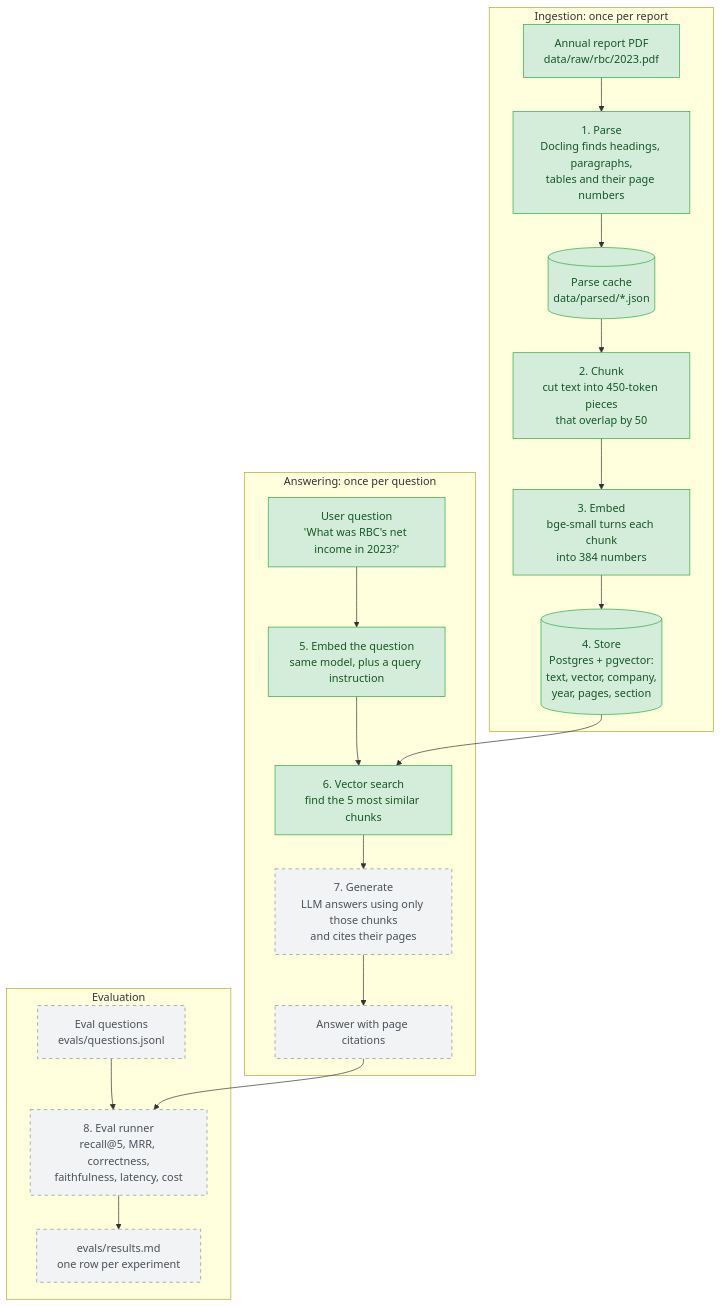
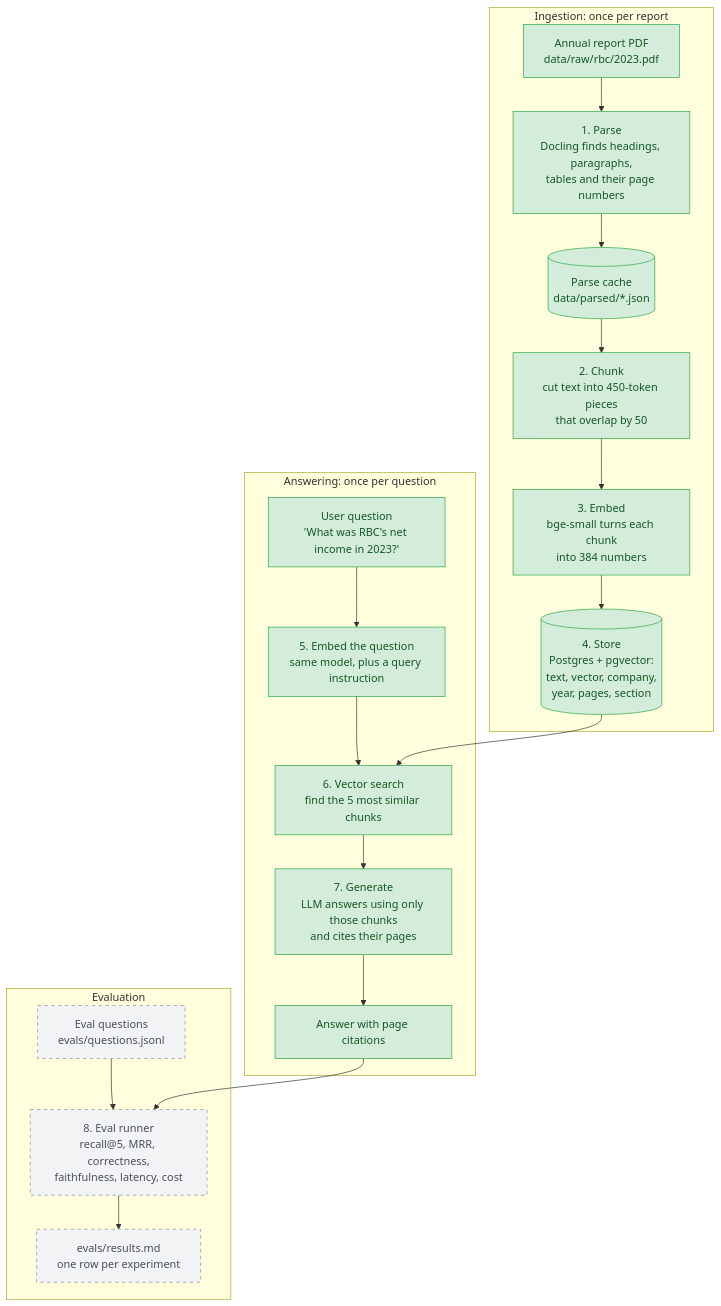
One commit to madeleine68/Reportlens changed the second of 6 diagrams in README.md. Above: the diagram before and after it, drawn with Mermaid. The commit also changed other lines of this file and 7 other files, not shown here.

````diff
--- a/README.md
+++ b/README.md
@@ -67,29 +70,29 @@
 ```mermaid
 flowchart TD
     subgraph ingest["Ingestion: once per report"]
         pdf["Annual report PDF<br/>data/raw/rbc/2023.pdf"] --> parse["1. Parse<br/>Docling finds headings, paragraphs,<br/>tables and their page numbers"]
         parse --> cache[("Parse cache<br/>data/parsed/*.json")]
         cache --> chunk["2. Chunk<br/>cut text into 450-token pieces<br/>that overlap by 50"]
         chunk --> embed["3. Embed<br/>bge-small turns each chunk<br/>into 384 numbers"]
         embed --> store[("4. Store<br/>Postgres + pgvector:<br/>text, vector, company,<br/>year, pages, section")]
     end
 
     subgraph answer["Answering: once per question"]
         q["User question<br/>'What was RBC's net income in 2023?'"] --> qembed["5. Embed the question<br/>same model, plus a query instruction"]
         qembed --> search["6. Vector search<br/>find the 5 most similar chunks"]
         store --> search
         search --> gen["7. Generate<br/>LLM answers using only those chunks<br/>and cites their pages"]
         gen --> out["Answer with page citations"]
     end
 
     subgraph evals["Evaluation"]
         qs["Eval questions<br/>evals/questions.jsonl"] --> run["8. Eval runner<br/>recall@5, MRR, correctness,<br/>faithfulness, latency, cost"]
         out --> run
         run --> results["evals/results.md<br/>one row per experiment"]
     end
 
     classDef done fill:#d4edda,stroke:#28a745,color:#155724
     classDef planned fill:#f1f3f5,stroke:#868e96,color:#495057,stroke-dasharray: 5 5
-    class pdf,parse,cache,chunk,embed,store,q,qembed,search done
-    class gen,out,qs,run,results planned
+    class pdf,parse,cache,chunk,embed,store,q,qembed,search,gen,out done
+    class qs,run,results planned
 ```
````
